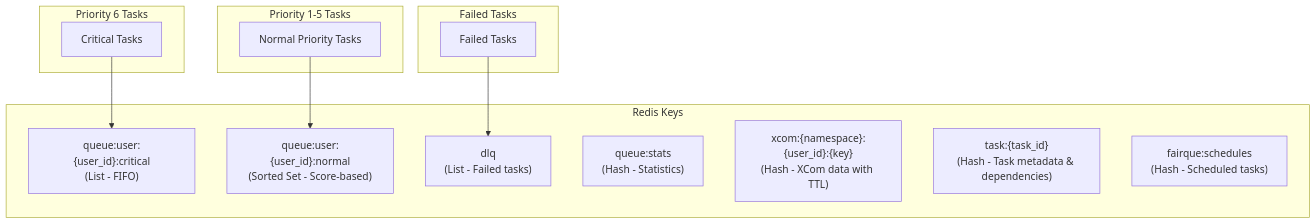
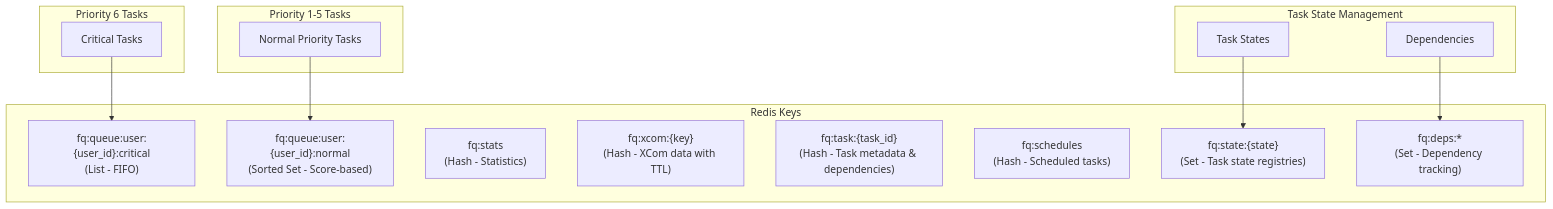
Diagram 11 of 22 in docs/architecture.md (premana/fairque), drawn with Mermaid before and after one commit. The commit also changed 4 other files, not shown here.

Commit message:
feat: Enhance Redis key structure and dependency management documentation

````diff
--- a/docs/architecture.md
+++ b/docs/architecture.md
@@ -397,24 +397,26 @@
 ```mermaid
 graph TB
     subgraph "Redis Keys"
-        CQ["queue:user:{user_id}:critical<br/>(List - FIFO)"]
-        NQ["queue:user:{user_id}:normal<br/>(Sorted Set - Score-based)"]
-        DLQ["dlq<br/>(List - Failed tasks)"]
-        ST["queue:stats<br/>(Hash - Statistics)"]
-        XC["xcom:{namespace}:{user_id}:{key}<br/>(Hash - XCom data with TTL)"]
-        TK["task:{task_id}<br/>(Hash - Task metadata & dependencies)"]
-        SCH["fairque:schedules<br/>(Hash - Scheduled tasks)"]
+        CQ["fq:queue:user:{user_id}:critical<br/>(List - FIFO)"]
+        NQ["fq:queue:user:{user_id}:normal<br/>(Sorted Set - Score-based)"]
+        ST["fq:stats<br/>(Hash - Statistics)"]
+        XC["fq:xcom:{key}<br/>(Hash - XCom data with TTL)"]
+        TK["fq:task:{task_id}<br/>(Hash - Task metadata & dependencies)"]
+        SCH["fq:schedules<br/>(Hash - Scheduled tasks)"]
+        STATE["fq:state:{state}<br/>(Set - Task state registries)"]
+        DEPS["fq:deps:*<br/>(Set - Dependency tracking)"]
     end
     
     subgraph "Priority 6 Tasks"
         T6[Critical Tasks] --> CQ
     end
     
     subgraph "Priority 1-5 Tasks"
         T15[Normal Priority Tasks] --> NQ
     end
     
-    subgraph "Failed Tasks"
-        FT[Failed Tasks] --> DLQ
+    subgraph "Task State Management"
+        TS[Task States] --> STATE
+        DEP[Dependencies] --> DEPS
     end
 ```
````
